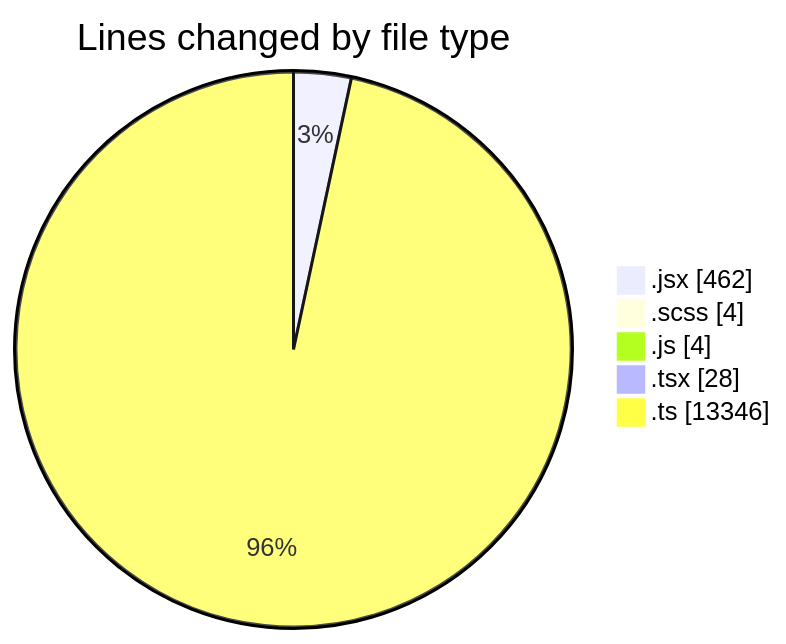
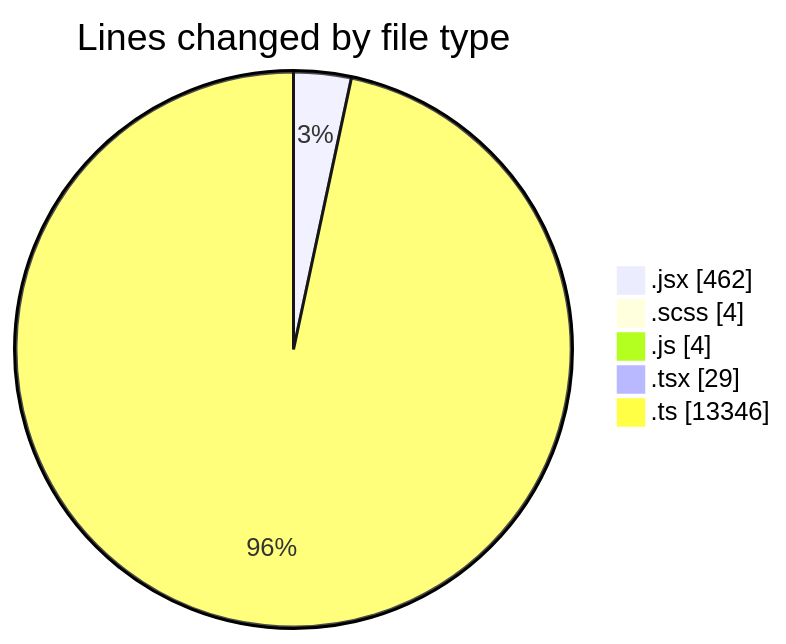
The first of 2 diagrams in 2025-06-04/cda/README.md (momahboobian/code-tracking), drawn with Mermaid before and after one commit. The commit also changed other lines of this file and 1 other file, not shown here.

````diff
--- a/2025-06-04/cda/README.md
+++ b/2025-06-04/cda/README.md
@@ -25,9 +25,9 @@
 ```mermaid
 pie showData
 title Lines changed by file type
 ".jsx" : 462
 ".scss" : 4
 ".js" : 4
-".tsx" : 28
+".tsx" : 29
 ".ts" : 13346
 ```
````
